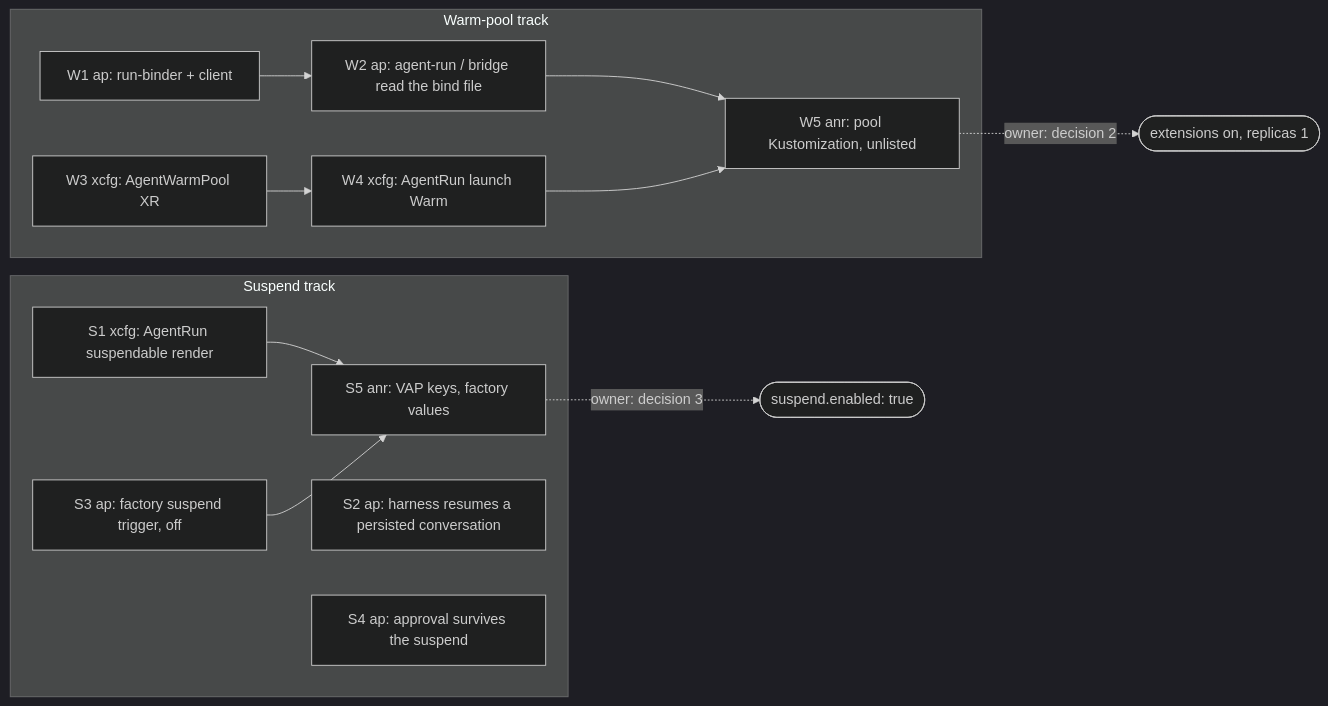
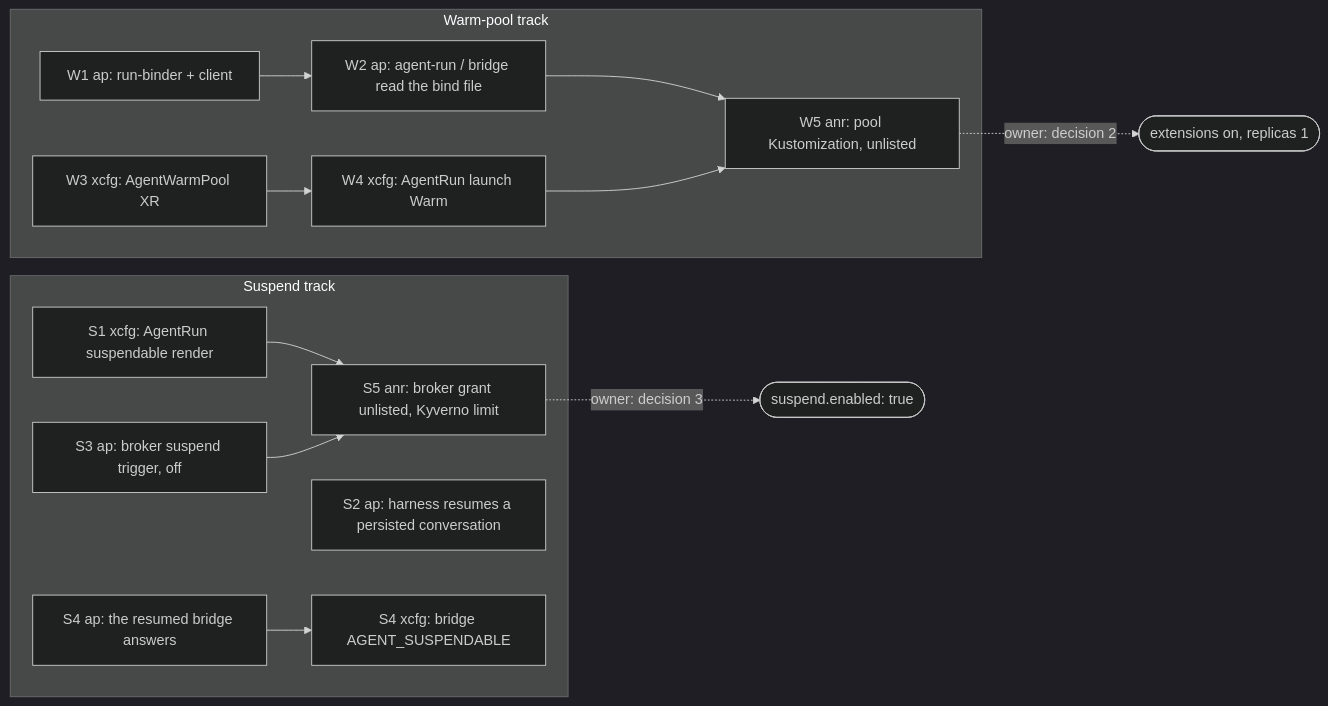
The diagram in docs/superpowers/plans/2026-10-16-v2-warm-sandboxes-plan.md (Smana/ai-native-ref), drawn with Mermaid (dark theme) before and after one commit. The commit also changed other lines of this file and 8 other files, not shown here.

First line of the commit message:
feat(agents): fence the room broker's suspend grant, and leave it off

````diff
--- a/docs/superpowers/plans/2026-10-16-v2-warm-sandboxes-plan.md
+++ b/docs/superpowers/plans/2026-10-16-v2-warm-sandboxes-plan.md
@@ -63,18 +65,18 @@
 ```mermaid
 flowchart LR
   subgraph suspend[Suspend track]
     S1[S1 xcfg: AgentRun suspendable render] --> S5
     S2[S2 ap: harness resumes a persisted conversation]
-    S3[S3 ap: factory suspend trigger, off] --> S5
-    S4[S4 ap: approval survives the suspend]
-    S5[S5 anr: VAP keys, factory values]
+    S3[S3 ap: broker suspend trigger, off] --> S5
+    S4[S4 ap: the resumed bridge answers] --> S4x[S4 xcfg: bridge AGENT_SUSPENDABLE]
+    S5[S5 anr: broker grant unlisted, Kyverno limit]
   end
   subgraph warm[Warm-pool track]
     W1[W1 ap: run-binder + client] --> W2[W2 ap: agent-run / bridge read the bind file]
     W3[W3 xcfg: AgentWarmPool XR] --> W4[W4 xcfg: AgentRun launch Warm]
     W2 --> W5
     W4 --> W5[W5 anr: pool Kustomization, unlisted]
   end
   S5 -.owner: decision 3.-> on1([suspend.enabled: true])
   W5 -.owner: decision 2.-> on2([extensions on, replicas 1])
 ```
````
